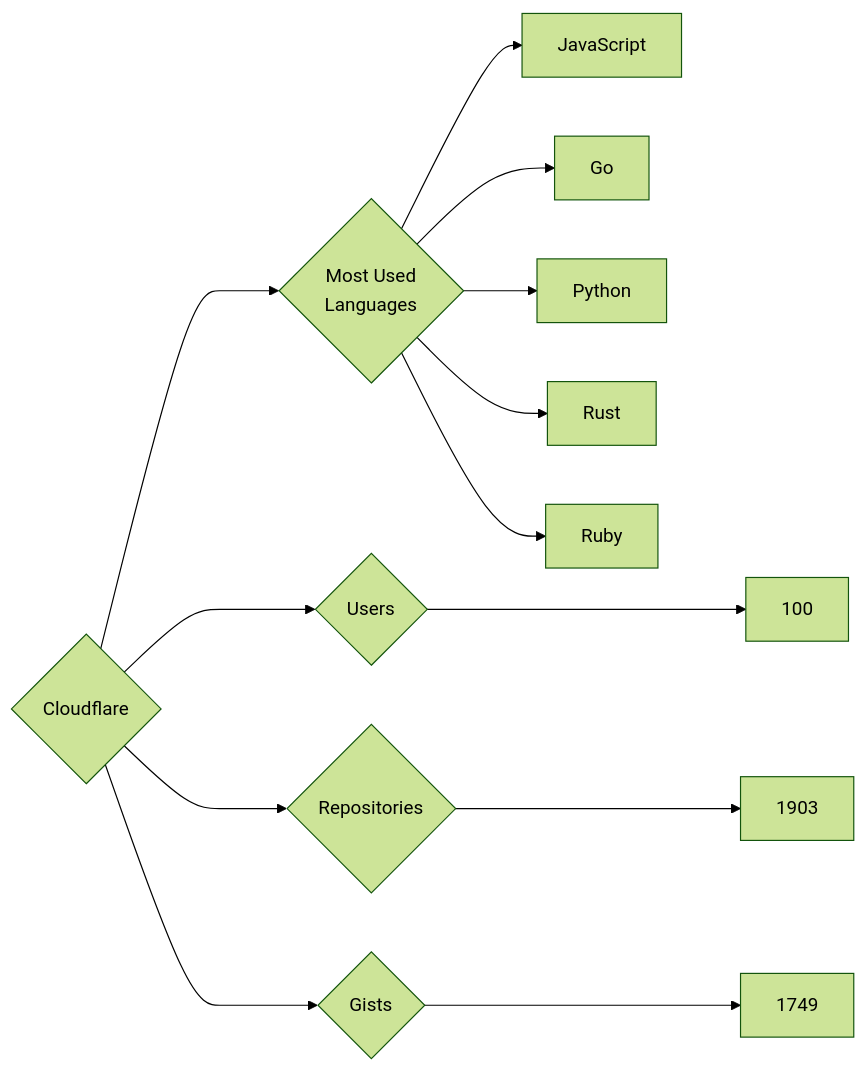
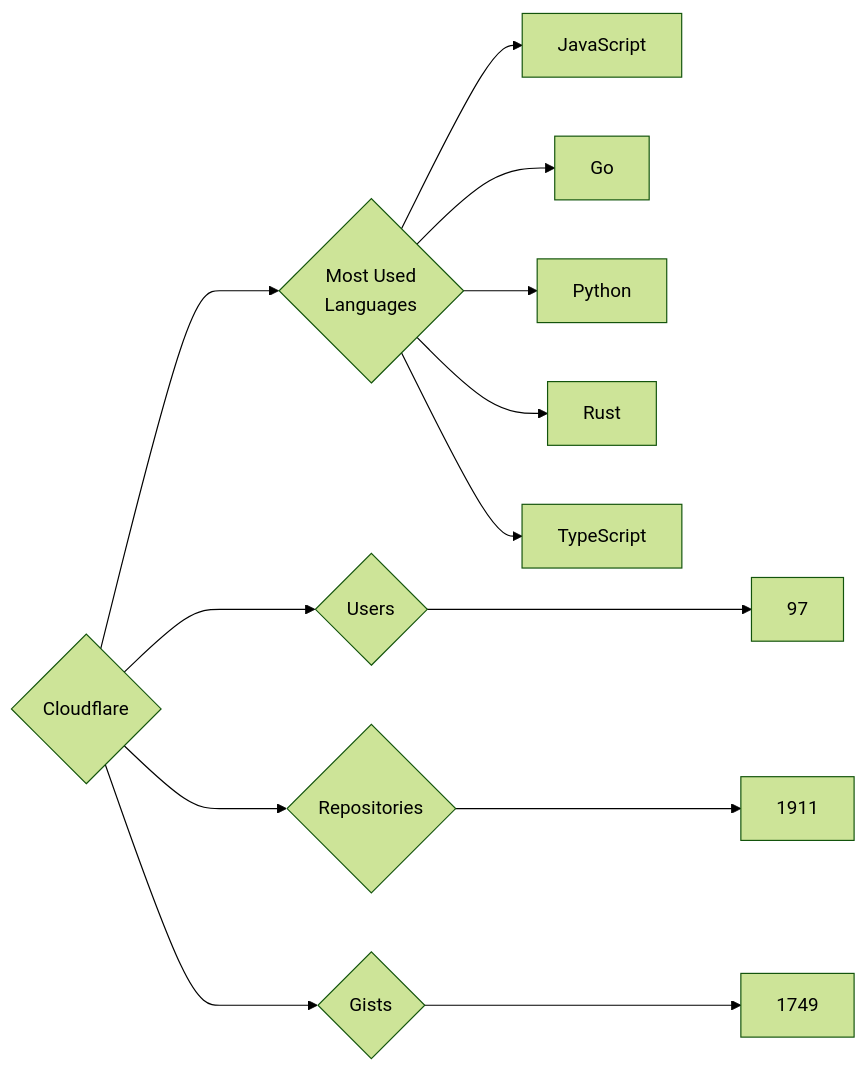
One commit to trickest/insiders changed the diagram in targets/Cloudflare/README.md. Above: the diagram before and after it, drawn with Mermaid (forest theme). The commit also changed 622 other files, not shown here.

````diff
--- a/targets/Cloudflare/README.md
+++ b/targets/Cloudflare/README.md
@@ -3,13 +3,13 @@
 ```mermaid
 graph LR
 COMPANY_NAME{Cloudflare}
-COMPANY_NAME ---> U{Users} ---> UN[100]
-COMPANY_NAME ---> R{Repositories} ---> RN[1903]
+COMPANY_NAME ---> U{Users} ---> UN[97]
+COMPANY_NAME ---> R{Repositories} ---> RN[1911]
 COMPANY_NAME ---> G{Gists} ---> GN[1749]
 COMPANY_NAME ---> ML{Most Used<br>Languages}
 ML --> JavaScript[JavaScript]
 ML --> Go[Go]
 ML --> Python[Python]
 ML --> Rust[Rust]
-ML --> Ruby[Ruby]
+ML --> TypeScript[TypeScript]
 ```
````
